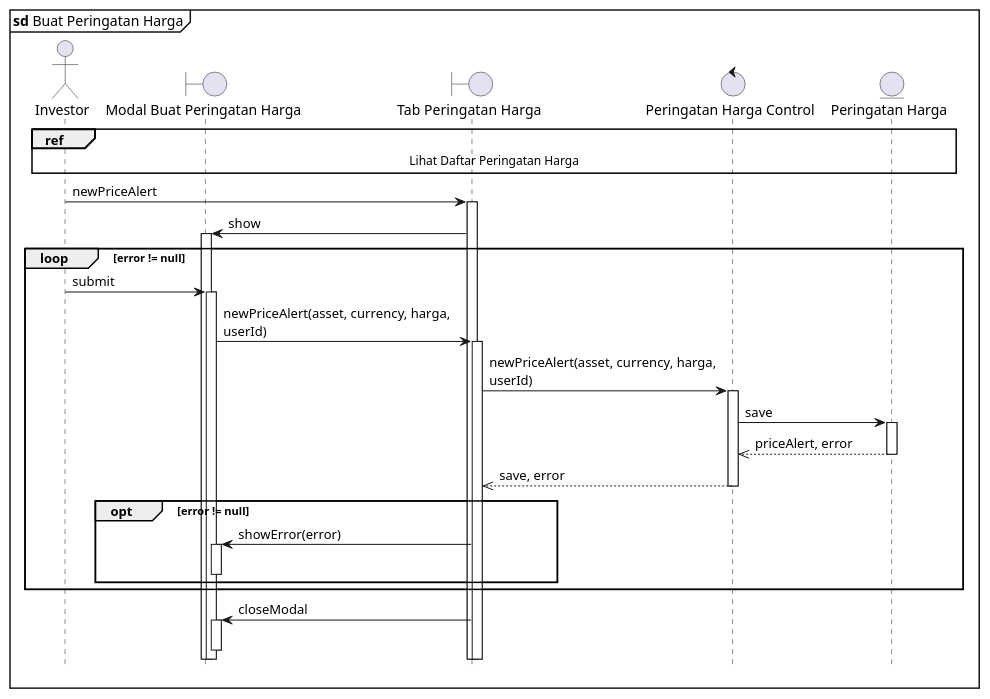
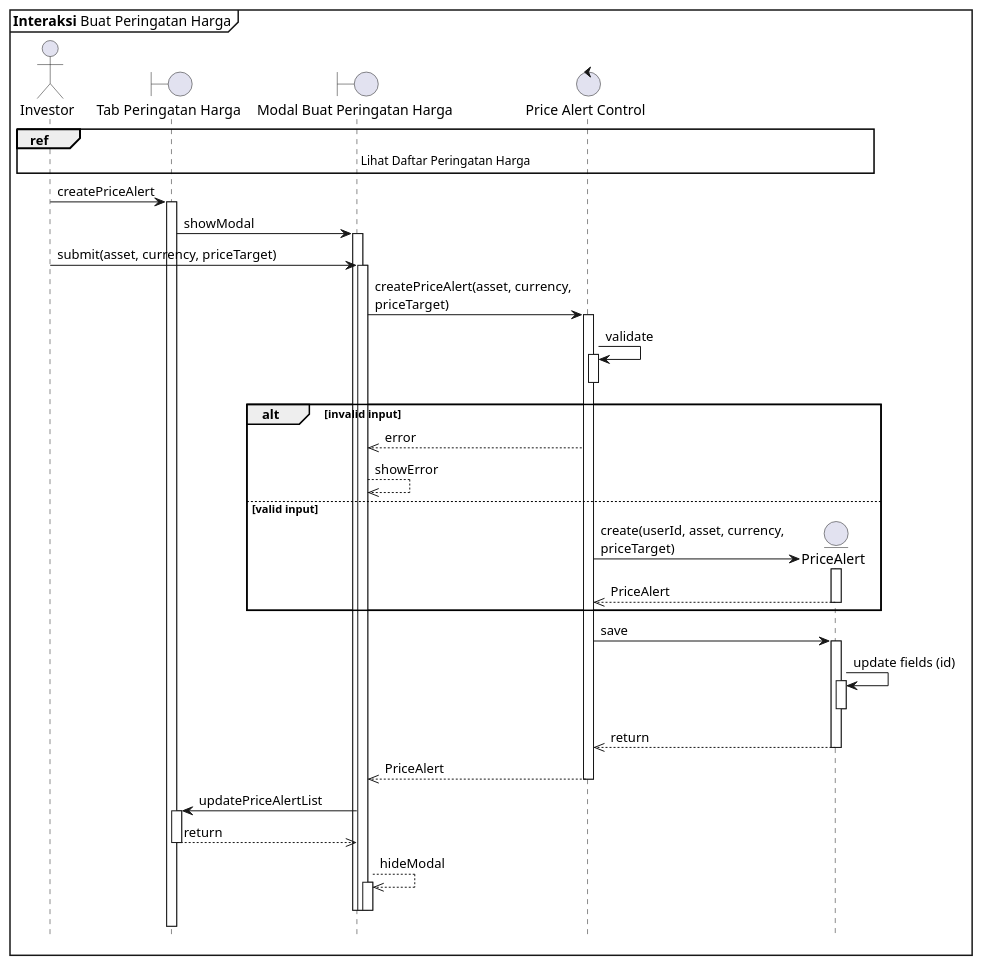
Before and after one commit to clarestarahma/manajemen-investasi: the diagram in sequence/buat-peringatan-harga.puml, drawn with PlantUML. The commit also changed 18 other files, not shown here.

Commit message:
merubah sebagian besar sequence diagram

```diff
--- a/sequence/buat-peringatan-harga.puml
+++ b/sequence/buat-peringatan-harga.puml
@@ -1,37 +1,70 @@
 @startuml Sequence
 
 skinparam maxMessageSize 250
+hide footbox
 
-hide footbox
-autoactivate on
-
-mainframe **sd** Buat Peringatan Harga
+mainframe **Interaksi** Buat Peringatan Harga
 
 actor Investor as I
-boundary "Modal Buat Peringatan Harga" as PBPH
 boundary "Tab Peringatan Harga" as TPH
-control "Peringatan Harga Control" as PHC
-entity "Peringatan Harga" as PH
+boundary "Modal Buat Peringatan Harga" as MBPH
+control "Price Alert Control" as PAC
+entity "PriceAlert" as PA
 
-ref over I, PH : Lihat Daftar Peringatan Harga
+ref over I, PA : Lihat Daftar Peringatan Harga
 
-I -> TPH : newPriceAlert
-TPH -> PBPH : show
+' User opens the price alert modal
+I -> TPH : createPriceAlert
+activate TPH
 
-loop error != null
-  I -> PBPH : submit
-  PBPH -> TPH : newPriceAlert(asset, currency, harga, userId)
-  TPH -> PHC : newPriceAlert(asset, currency, harga, userId)
-  PHC -> PH : save
-  PH -->> PHC : priceAlert, error
-  PHC -->> TPH : save, error
+TPH -> MBPH : showModal
+activate MBPH
 
-  opt error != null
-    TPH -> PBPH : showError(error)
-    deactivate PBPH
-  end
+'User submits form
+I -> MBPH : submit(asset, currency, priceTarget)
+activate MBPH
+
+MBPH -> PAC : createPriceAlert(asset, currency, priceTarget)
+activate PAC
+
+'Validation step
+PAC -> PAC : validate
+activate PAC
+deactivate PAC
+
+alt invalid input
+  PAC -->> MBPH : error
+  MBPH -->> MBPH : showError
+else valid input
+  'Create and save the PriceAlert entity
+  PAC -> PA ** : create(userId, asset, currency, priceTarget)
+  activate PA
+  PA -->> PAC : PriceAlert
+  deactivate PA
 end
 
-TPH -> PBPH : closeModal
-deactivate PBPH
+  PAC -> PA : save
+  activate PA
+  PA -> PA : update fields (id)
+  activate PA
+  deactivate PA
+  PA -->> PAC : return
+  deactivate PA
+
+  PAC -->> MBPH : PriceAlert
+  deactivate PAC
+
+  'Update UI and close modal
+  MBPH -> TPH : updatePriceAlertList
+  activate TPH
+
+  TPH -->> MBPH : return
+  deactivate TPH
+
+  MBPH -->> MBPH : hideModal
+  activate MBPH
+  deactivate MBPH
+  deactivate MBPH
+  deactivate MBPH
+
 @enduml
```
